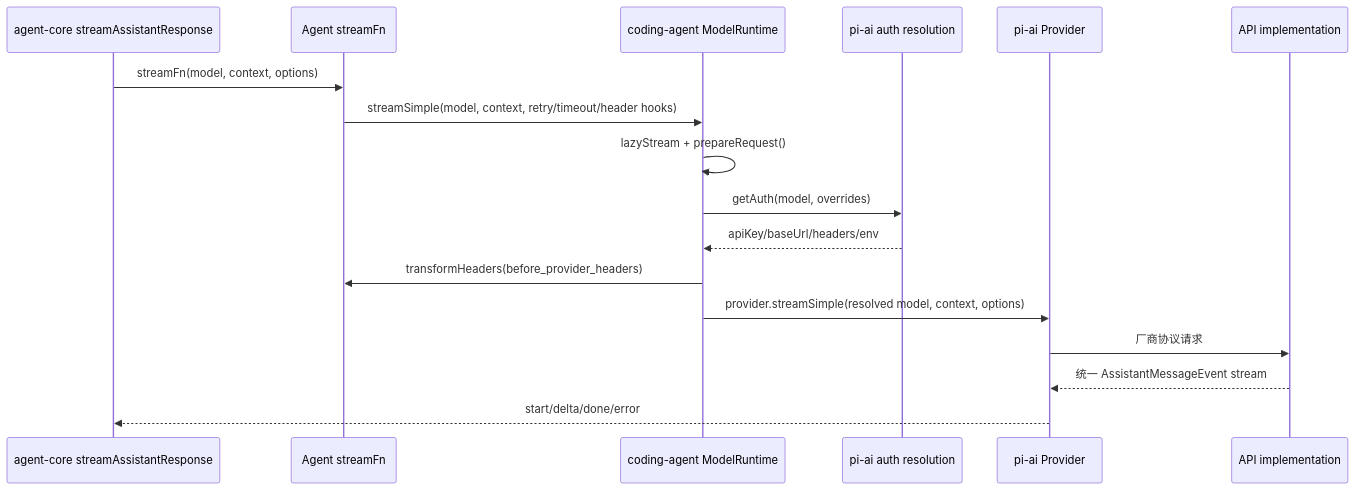
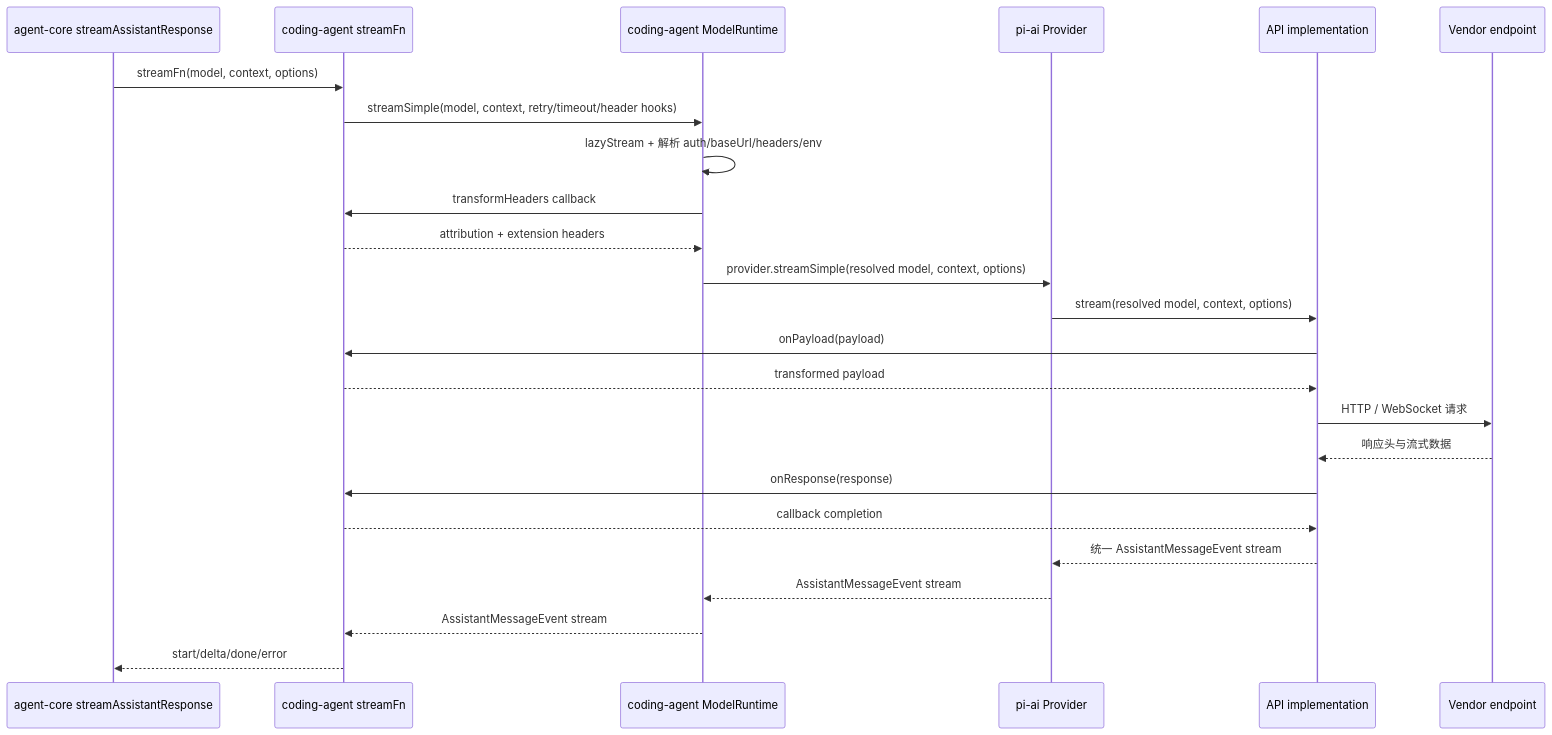
Before and after one commit to tcy1999/pi: the diagram in architecture-analysis/call-flows/model-provider-request.md, drawn with Mermaid. The commit also changed other lines of this file and 24 other files, not shown here.

````diff
--- a/architecture-analysis/call-flows/model-provider-request.md
+++ b/architecture-analysis/call-flows/model-provider-request.md
@@ -13,20 +13,27 @@
 ```mermaid
 sequenceDiagram
   participant AGENT_LOOP as agent-core streamAssistantResponse
-  participant AGENT as Agent streamFn
+  participant STREAM as coding-agent streamFn
   participant MR as coding-agent ModelRuntime
-  participant AUTH as pi-ai auth resolution
   participant P as pi-ai Provider
   participant API as API implementation
+  participant VENDOR as Vendor endpoint
 
-  AGENT_LOOP->>AGENT: streamFn(model, context, options)
-  AGENT->>MR: streamSimple(model, context, retry/timeout/header hooks)
-  MR->>MR: lazyStream + prepareRequest()
-  MR->>AUTH: getAuth(model, overrides)
-  AUTH-->>MR: apiKey/baseUrl/headers/env
-  MR->>AGENT: transformHeaders(before_provider_headers)
+  AGENT_LOOP->>STREAM: streamFn(model, context, options)
+  STREAM->>MR: streamSimple(model, context, retry/timeout/header hooks)
+  MR->>MR: lazyStream + 解析 auth/baseUrl/headers/env
+  MR->>STREAM: transformHeaders callback
+  STREAM-->>MR: attribution + extension headers
   MR->>P: provider.streamSimple(resolved model, context, options)
-  P->>API: 厂商协议请求
+  P->>API: stream(resolved model, context, options)
+  API->>STREAM: onPayload(payload)
+  STREAM-->>API: transformed payload
+  API->>VENDOR: HTTP / WebSocket 请求
+  VENDOR-->>API: 响应头与流式数据
+  API->>STREAM: onResponse(response)
+  STREAM-->>API: callback completion
   API-->>P: 统一 AssistantMessageEvent stream
-  P-->>AGENT_LOOP: start/delta/done/error
+  P-->>MR: AssistantMessageEvent stream
+  MR-->>STREAM: AssistantMessageEvent stream
+  STREAM-->>AGENT_LOOP: start/delta/done/error
 ```
````
